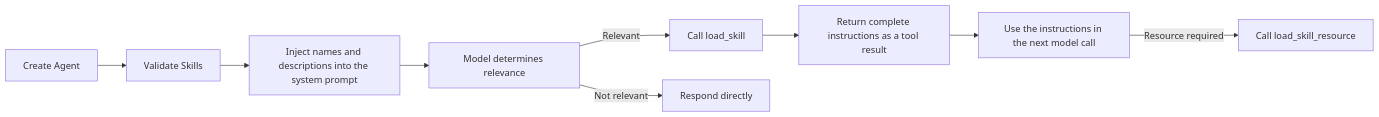
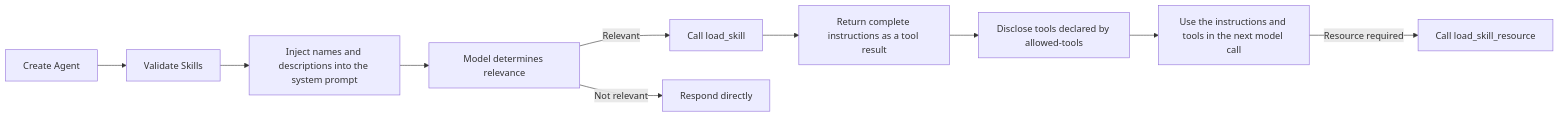
Before and after one commit to go-kratos/blades: the diagram in docs/design-skills.md, drawn with Mermaid. The commit also changed other lines of this file and 7 other files, not shown here.

Commit message:
feat(skills): disclose tools after skill loading

````diff
--- a/docs/design-skills.md
+++ b/docs/design-skills.md
@@ -22,11 +22,12 @@
 ```mermaid
 flowchart LR
     A["Create Agent"] --> B["Validate Skills"]
     B --> C["Inject names and descriptions into the system prompt"]
     C --> D["Model determines relevance"]
     D -->|"Relevant"| E["Call load_skill"]
     E --> F["Return complete instructions as a tool result"]
-    F --> G["Use the instructions in the next model call"]
-    G -->|"Resource required"| H["Call load_skill_resource"]
+    F --> G["Disclose tools declared by allowed-tools"]
+    G --> H["Use the instructions and tools in the next model call"]
+    H -->|"Resource required"| J["Call load_skill_resource"]
     D -->|"Not relevant"| I["Respond directly"]
 ```
````
